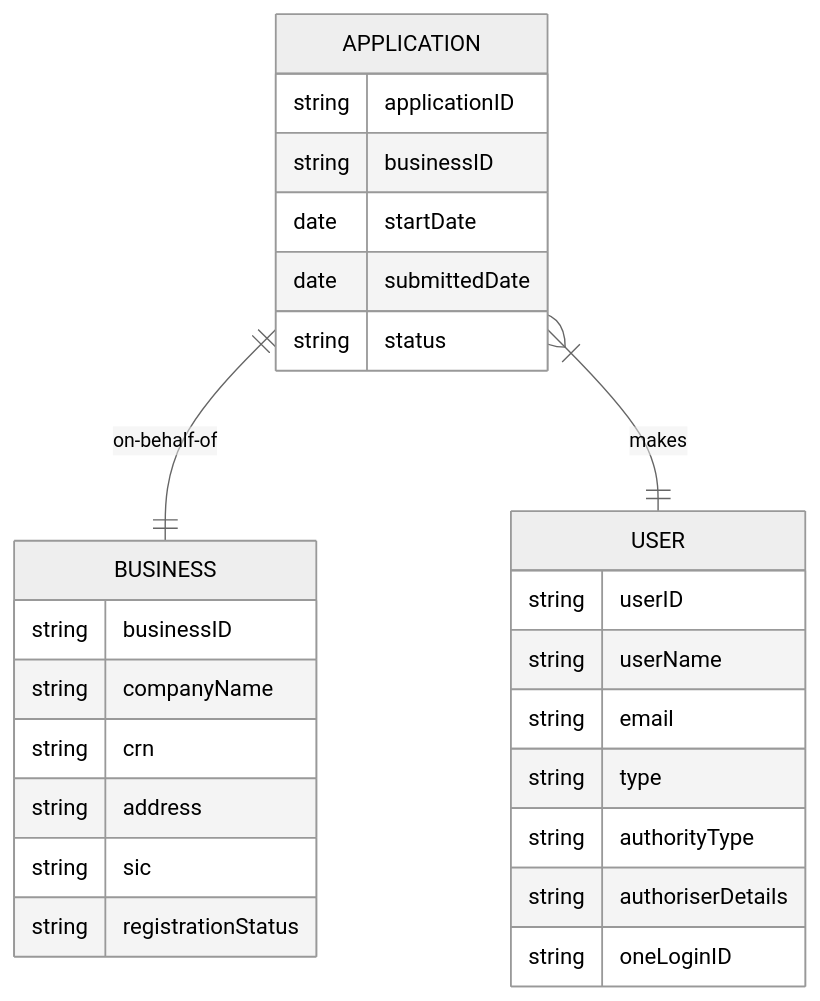
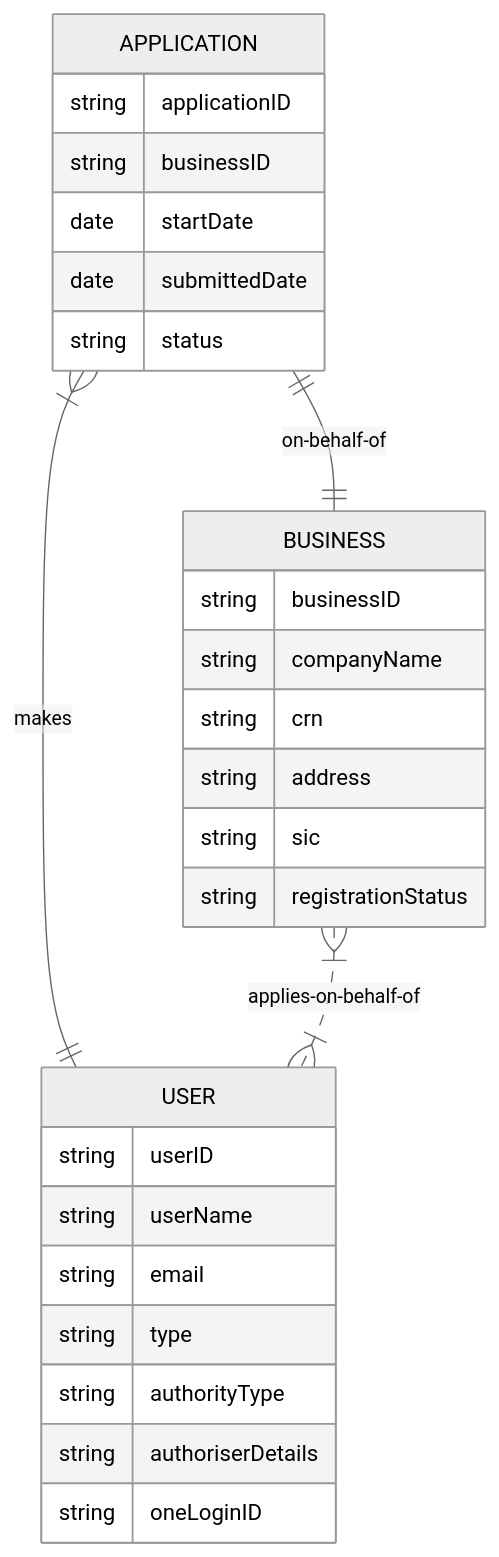
One commit to conmaol/maglocunus changed the diagram in bics-dm.md. Above: the diagram before and after it, drawn with Mermaid (neutral theme). The commit also changed other lines of this file, not shown here.

````diff
--- a/bics-dm.md
+++ b/bics-dm.md
@@ -3,29 +5,30 @@
 ```mermaid
     erDiagram
         APPLICATION {
             string applicationID
             string businessID
             date startDate
             date submittedDate
             string status
         }
         BUSINESS {
             string businessID
             string companyName
             string crn
             string address
             string sic
             string registrationStatus
         }
         APPLICATION ||--|| BUSINESS : on-behalf-of
         USER {
             string userID
             string userName
             string email
             string type
             string authorityType
             string authoriserDetails
             string oneLoginID
         }
         APPLICATION }|--|| USER : makes
+        BUSINESS }|..|{ USER : applies-on-behalf-of
 ```
````
